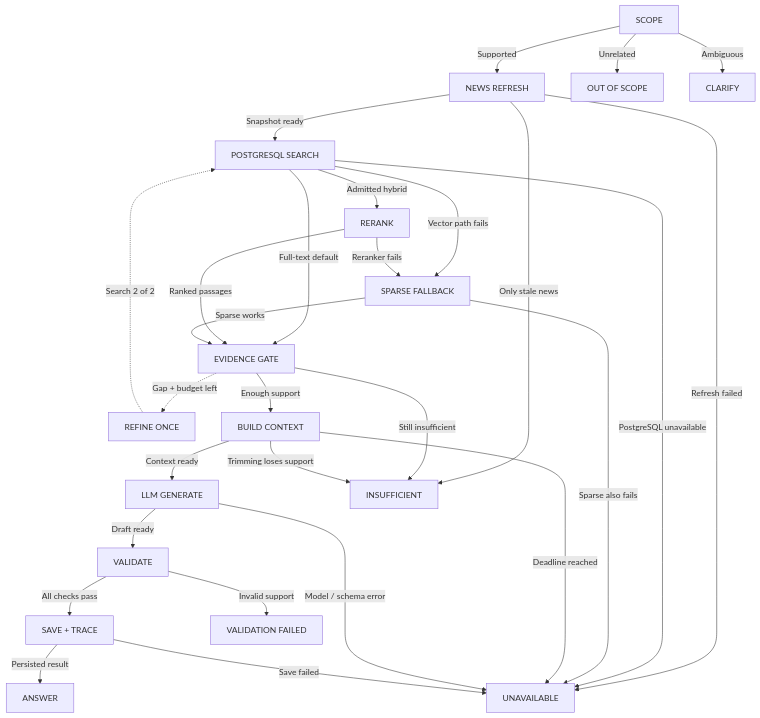
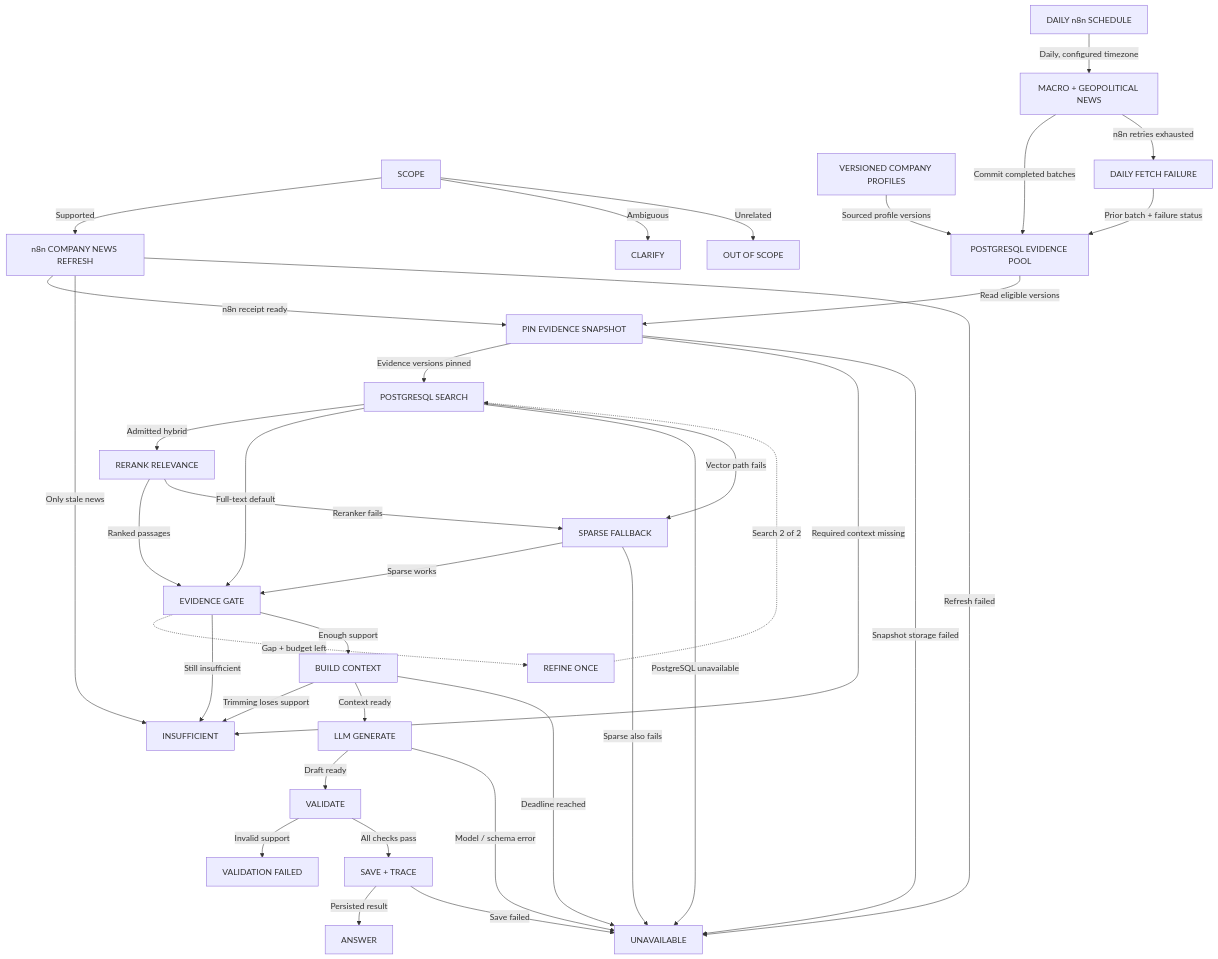
One commit to ByronHo68/ai-learning-academy changed the first of 12 diagrams in docs/FINANCE_WORKFLOW_ATLAS.md. Above: the diagram before and after it, drawn with Mermaid. The commit also changed other lines of this file and 36 other files, not shown here.

Commit message:
Expand n8n news workflow with daily context and evidence snapshots

````diff
--- a/docs/FINANCE_WORKFLOW_ATLAS.md
+++ b/docs/FINANCE_WORKFLOW_ATLAS.md
@@ -37,47 +43,62 @@
 ```mermaid
 flowchart TD
   n0["SCOPE"]
-  n1["NEWS REFRESH"]
-  n2["POSTGRESQL SEARCH"]
-  n3["RERANK"]
-  n4["SPARSE FALLBACK"]
-  n5["EVIDENCE GATE"]
-  n6["REFINE ONCE"]
-  n7["BUILD CONTEXT"]
-  n8["LLM GENERATE"]
-  n9["VALIDATE"]
-  n10["SAVE + TRACE"]
-  n11["ANSWER"]
-  n12["INSUFFICIENT"]
-  n13["OUT OF SCOPE"]
-  n14["CLARIFY"]
-  n15["UNAVAILABLE"]
-  n16["VALIDATION FAILED"]
+  n1["n8n COMPANY NEWS REFRESH"]
+  n2["PIN EVIDENCE SNAPSHOT"]
+  n3["POSTGRESQL SEARCH"]
+  n4["RERANK RELEVANCE"]
+  n5["SPARSE FALLBACK"]
+  n6["EVIDENCE GATE"]
+  n7["REFINE ONCE"]
+  n8["BUILD CONTEXT"]
+  n9["LLM GENERATE"]
+  n10["VALIDATE"]
+  n11["SAVE + TRACE"]
+  n12["ANSWER"]
+  n13["INSUFFICIENT"]
+  n14["OUT OF SCOPE"]
+  n15["CLARIFY"]
+  n16["UNAVAILABLE"]
+  n17["VALIDATION FAILED"]
+  n18["DAILY n8n SCHEDULE"]
+  n19["MACRO + GEOPOLITICAL NEWS"]
+  n20["VERSIONED COMPANY PROFILES"]
+  n21["POSTGRESQL EVIDENCE POOL"]
+  n22["DAILY FETCH FAILURE"]
   n0 -- "Supported" --> n1
-  n0 -- "Ambiguous" --> n14
-  n0 -- "Unrelated" --> n13
-  n1 -- "Snapshot ready" --> n2
-  n1 -- "Only stale news" --> n12
-  n1 -- "Refresh failed" --> n15
-  n2 -- "Admitted hybrid" --> n3
-  n2 -- "Full-text default" --> n5
-  n2 -- "PostgreSQL unavailable" --> n15
-  n2 -- "Vector path fails" --> n4
-  n3 -- "Ranked passages" --> n5
-  n3 -- "Reranker fails" --> n4
-  n4 -- "Sparse works" --> n5
-  n4 -- "Sparse also fails" --> n15
-  n5 -. "Gap + budget left" .-> n6
-  n6 -. "Search 2 of 2" .-> n2
-  n5 -- "Still insufficient" --> n12
-  n5 -- "Enough support" --> n7
-  n7 -- "Trimming loses support" --> n12
-  n7 -- "Context ready" --> n8
-  n7 -- "Deadline reached" --> n15
-  n8 -- "Draft ready" --> n9
-  n8 -- "Model / schema error" --> n15
-  n9 -- "Invalid support" --> n16
-  n9 -- "All checks pass" --> n10
-  n10 -- "Persisted result" --> n11
-  n10 -- "Save failed" --> n15
+  n0 -- "Ambiguous" --> n15
+  n0 -- "Unrelated" --> n14
+  n1 -- "n8n receipt ready" --> n2
+  n2 -- "Evidence versions pinned" --> n3
+  n2 -- "Required context missing" --> n13
+  n2 -- "Snapshot storage failed" --> n16
+  n1 -- "Only stale news" --> n13
+  n1 -- "Refresh failed" --> n16
+  n3 -- "Admitted hybrid" --> n4
+  n3 -- "Full-text default" --> n6
+  n3 -- "PostgreSQL unavailable" --> n16
+  n3 -- "Vector path fails" --> n5
+  n4 -- "Ranked passages" --> n6
+  n4 -- "Reranker fails" --> n5
+  n5 -- "Sparse works" --> n6
+  n5 -- "Sparse also fails" --> n16
+  n6 -. "Gap + budget left" .-> n7
+  n7 -. "Search 2 of 2" .-> n3
+  n6 -- "Still insufficient" --> n13
+  n6 -- "Enough support" --> n8
+  n8 -- "Trimming loses support" --> n13
+  n8 -- "Context ready" --> n9
+  n8 -- "Deadline reached" --> n16
+  n9 -- "Draft ready" --> n10
+  n9 -- "Model / schema error" --> n16
+  n10 -- "Invalid support" --> n17
+  n10 -- "All checks pass" --> n11
+  n11 -- "Persisted result" --> n12
+  n11 -- "Save failed" --> n16
+  n18 -- "Daily, configured timezone" --> n19
+  n19 -- "Commit completed batches" --> n21
+  n19 -- "n8n retries exhausted" --> n22
+  n22 -- "Prior batch + failure status" --> n21
+  n20 -- "Sourced profile versions" --> n21
+  n21 -- "Read eligible versions" --> n2
 ```
````
